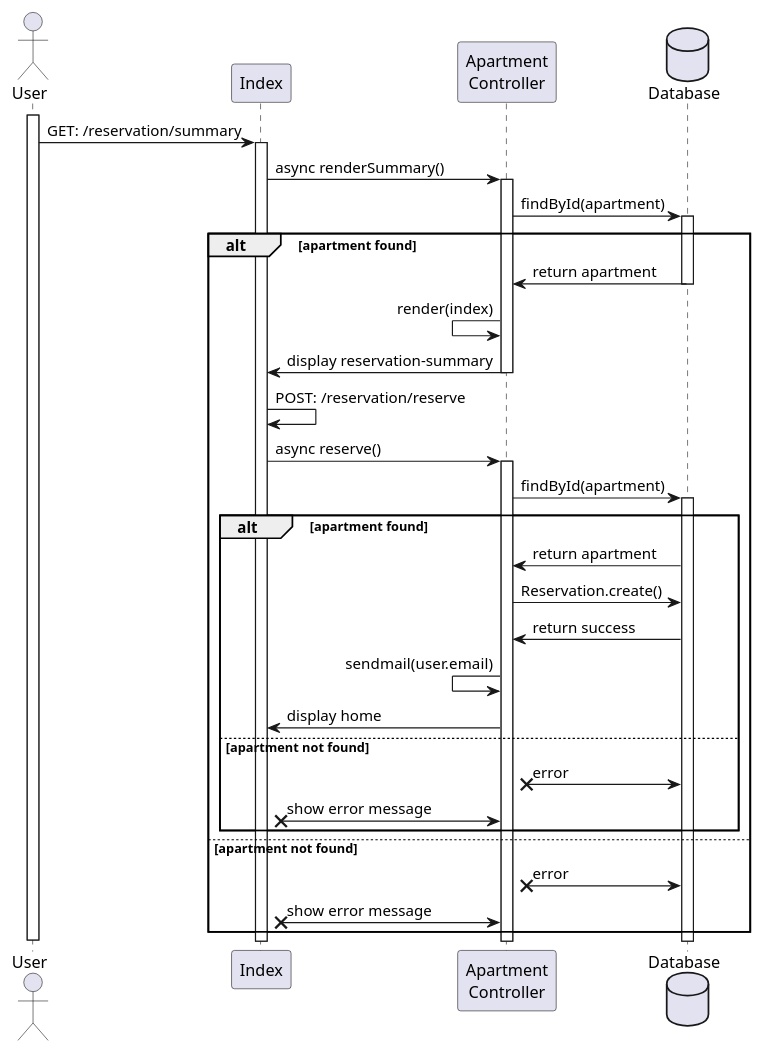
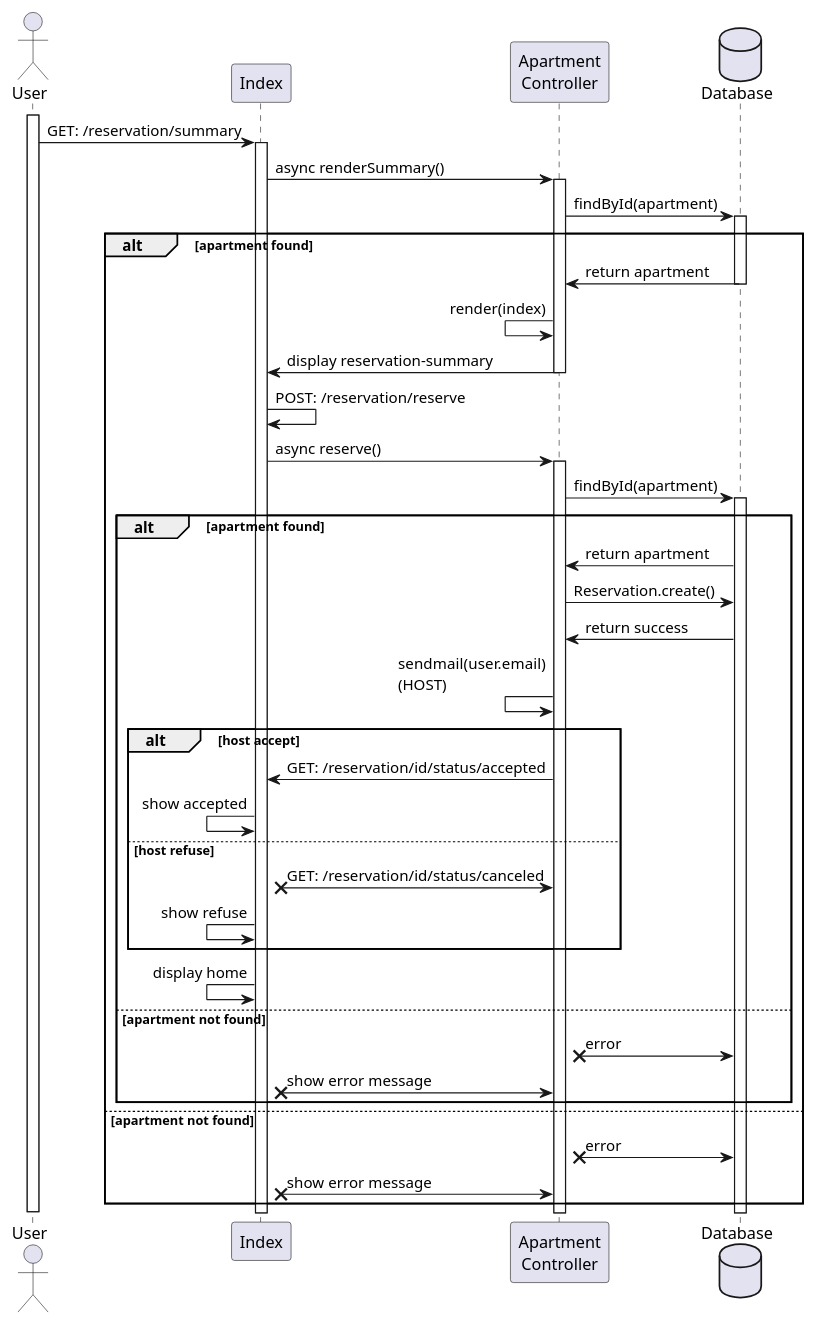
One commit to TommasoScalici/BnB changed the diagram in app-diagrams/sequence/reservation/create-reservation.wsd. Above: the diagram before and after it, drawn with PlantUML. The commit also changed 8 other files, not shown here.

Commit message:
fixed and added sequence diagram

```diff
--- a/app-diagrams/sequence/reservation/create-reservation.wsd
+++ b/app-diagrams/sequence/reservation/create-reservation.wsd
@@ -1,48 +1,56 @@
 @startuml create-reservation
 
 actor User
 participant "Index" as Index
 participant "Apartment\nController" as ApartmentController    
 database Database
 
 activate User
 
         
     User -> Index: GET: /reservation/summary
     activate Index
       Index -> ApartmentController: async renderSummary()
     activate ApartmentController
     ApartmentController -> Database: findById(apartment)
     activate Database
     alt apartment found
     ApartmentController <- Database: return apartment
     deactivate Database
     ApartmentController <- ApartmentController: render(index)
     Index <- ApartmentController: display reservation-summary
     deactivate ApartmentController
     
     Index -> Index:  POST: /reservation/reserve
     Index -> ApartmentController: async reserve()
     activate ApartmentController
     ApartmentController -> Database: findById(apartment)
     activate Database
     alt apartment found
     ApartmentController <- Database: return apartment
     ApartmentController -> Database: Reservation.create()
     ApartmentController <- Database: return success
-    ApartmentController <- ApartmentController: sendmail(user.email)
-    Index <- ApartmentController: display home
+    ApartmentController <- ApartmentController: sendmail(user.email)\n(HOST)
+
+    alt host accept
+
+    Index <- ApartmentController: GET: /reservation/id/status/accepted
+    Index <- Index: show accepted
+    else host refuse
+    Index x- ApartmentController: GET: /reservation/id/status/canceled
+    Index <- Index: show refuse
+    end
+    Index <- Index: display home
     else apartment not found
     ApartmentController x- Database: error
     Index x- ApartmentController: show error message
-    
     
     end
     else apartment not found
     ApartmentController x- Database: error
     Index x- ApartmentController: show error message
     end
     
 deactivate User
 
 @enduml
```
